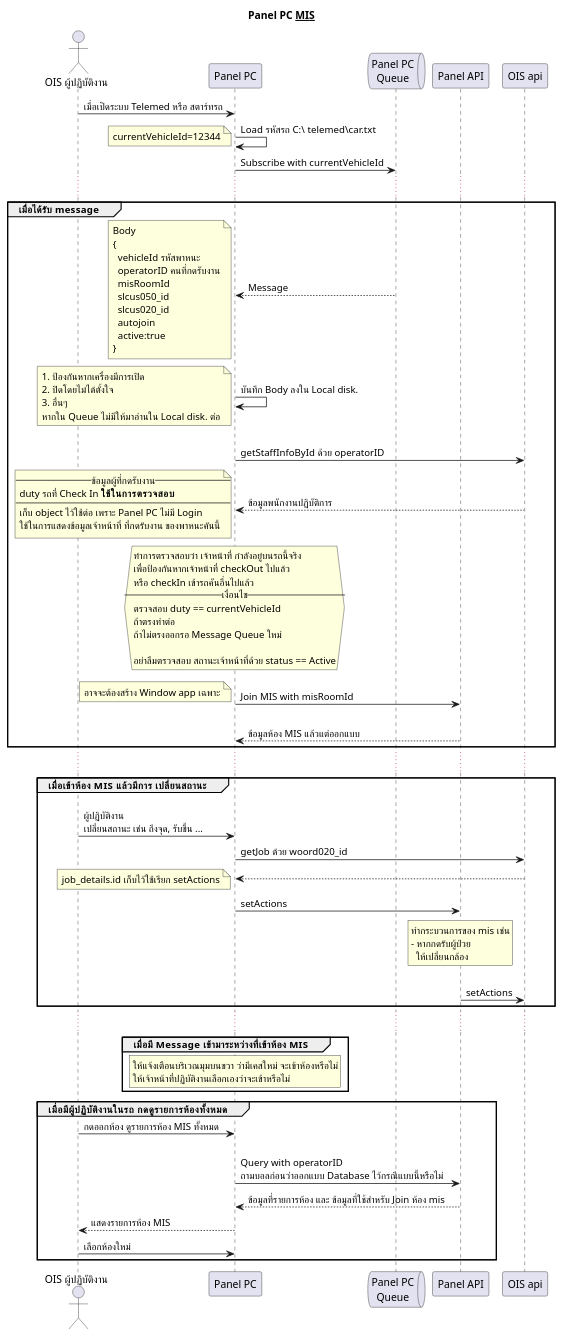
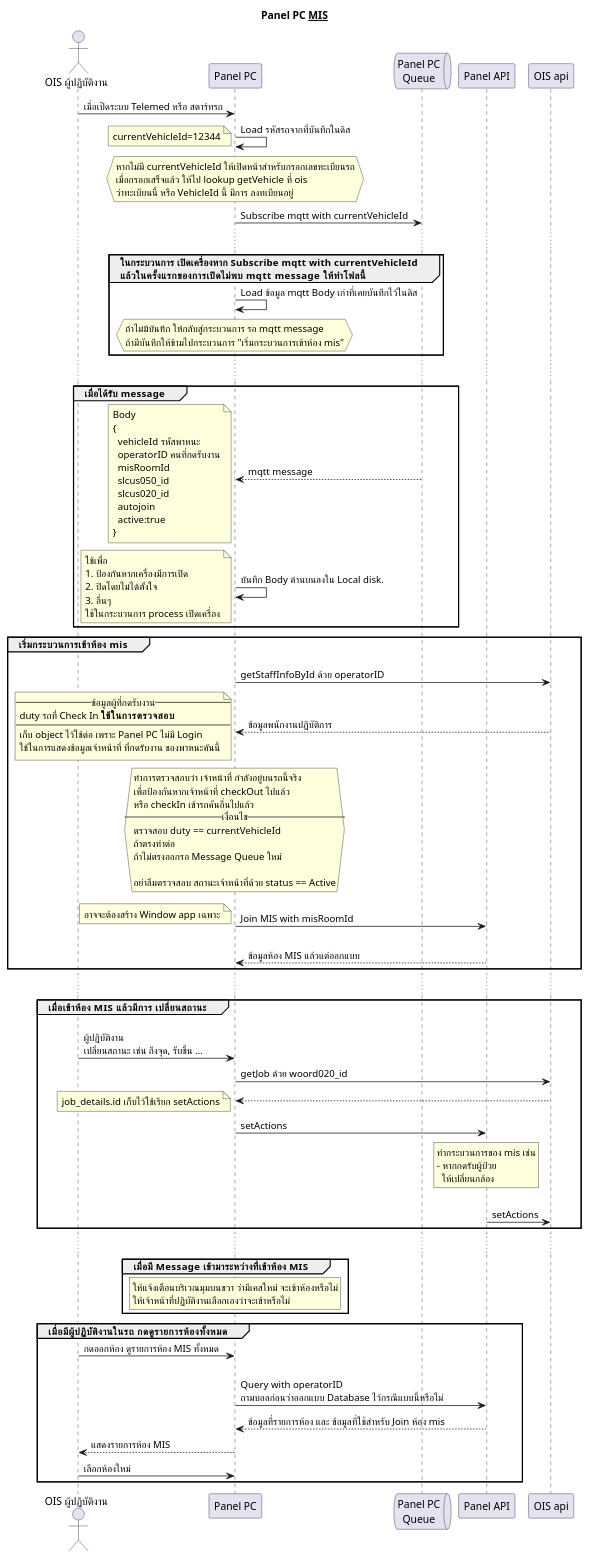
Before and after one commit to lionants02/mis-api-doc: the diagram in uml/new_panelpc_startup.plantuml, drawn with PlantUML.

Commit message:
update 28-04-2021

```diff
--- a/uml/new_panelpc_startup.plantuml
+++ b/uml/new_panelpc_startup.plantuml
@@ -1,105 +1,127 @@
 @startuml
 Title Panel PC __MIS__
   actor "OIS ผู้ปฏิบัติงาน" as OIS
   OIS -> "Panel PC" :เมื่อเปิดระบบ Telemed หรือ สตาร์ทรถ
-  "Panel PC" -> "Panel PC": Load รหัสรถ C:\\ telemed\car.txt
+  "Panel PC" -> "Panel PC": Load รหัสรถจากที่บันทึกในดิส
   note left
     currentVehicleId=12344
   end note
+  hnote over "Panel PC"
+    หากไม่มี currentVehicleId ให้เปิดหน้าสำหรับกรอกเลขทะเบียนรถ
+    เมื่อกรอกเสร็จแล้ว ให้ไป lookup getVehicle ที่ ois
+    ว่าทะเบียนนี้ หรือ VehicleId นี้ มีการ ลงทเบียนอยู่
+  end note
 
   queue "Panel PC\nQueue" as panelq
-  "Panel PC" -> panelq : Subscribe with currentVehicleId
+  "Panel PC" -> panelq : Subscribe mqtt with currentVehicleId
+
   ...
 
+  group ในกระบวนการ เปิดเครื่องหาก Subscribe mqtt with currentVehicleId\nแล้วในครั้งแรกของการเปิดไม่พบ mqtt message ให้ทำโฟลนี้
+
+    "Panel PC" -> "Panel PC": Load ข้อมูล mqtt Body เก่าที่เคยบันทึกไว้ในดิส
+    hnote over "Panel PC"
+      ถ้าไม่มีบันทึก ให้กลับสู่กระบวนการ รอ mqtt message
+      ถ้ามีบันทึกให้ข้ามไปกระบวนการ "เริ่มกระบวนการเข้าห้อง mis"
+    end note
+
+  end
+
+
+  ...
   group เมื่อได้รับ message
-    "Panel PC" <-- panelq : Message
+    "Panel PC" <-- panelq : mqtt message
     note left
       Body
       {
         vehicleId รหัสพาหนะ
         operatorID คนที่กดรับงาน
         misRoomId
         slcus050_id
         slcus020_id
         autojoin
         active:true
       }
     endnote
 
-    "Panel PC" -> "Panel PC": บันทึก Body ลงใน Local disk.
+    "Panel PC" -> "Panel PC": บันทึก Body ด้านบนลงใน Local disk.
     note left
+      ใช้เพื่อ
       # ป้องกันหากเครื่องมีการเปิด
       # ปิดโดยไม่ได้ตั้งใจ
       # อื่นๆ
-      หากใน Queue ไม่มีให้มาอ่านใน Local disk. ต่อ
+      ใช้ในกระบวนการ process เปิดเครื่อง
     end note
+  end
+
+  group เริ่มกระบวนการเข้าห้อง mis
     participant "Panel API"
     participant "OIS api"
     "Panel PC" -> "OIS api" : \ngetStaffInfoById ด้วย operatorID
     "Panel PC" <-- "OIS api": ข้อมูลพนักงานปฏิบัติการ
     note left
       --ข้อมูลผู้ที่กดรับงาน--
       duty รถที่ Check In **ใช้ในการตรวจสอบ**
       ---
       เก็บ object ไว้ใช้ต่อ เพราะ Panel PC ไม่มี Login
       ใช้ในการแสดงข้อมูลเจ้าหน้าที่ ที่กดรับงาน ของพาหนะคันนี้
     end note
 
     hnote over "Panel PC"
       ทำการตรวจสอบว่า เจ้าหน้าที่ กำลังอยู่บนรถนี้จริง
       เพื่อป้องกันหากเจ้าหน้าที่ checkOut ไปแล้ว
       หรือ checkIn เข้ารถคันอื่นไปแล้ว
       --เงื่อนไข--
       ตรวจสอบ duty == currentVehicleId
       ถ้าตรงทำต่อ
       ถ้าไม่ตรงออกรอ Message Queue ใหม่
 
       อย่าลืมตรวจสอบ สถานะเจ้าหน้าที่ด้วย status == Active
     end note
 
     "Panel PC" -> "Panel API" : \nJoin MIS with misRoomId
     note left
       อาจจะต้องสร้าง Window app เฉพาะ
     end note
     "Panel PC" <-- "Panel API": \nข้อมูลห้อง MIS แล้วแต่ออกแบบ
   end
   ...
 
   group เมื่อเข้าห้อง MIS แล้วมีการ เปลี่ยนสถานะ
 
       OIS -> "Panel PC" : \nผู้ปฏิบัติงาน\nเปลี่ยนสถานะ เช่น ถึงจุด, รับขึ้น ...
       "Panel PC" -> "OIS api" :getJob ด้วย woord020_id
       "Panel PC" <-- "OIS api":
       note left
         job_details.id เก็บไว้ใช้เรียก setActions
       end note
 
       "Panel PC" -> "Panel API": setActions
       rnote over "Panel API"
         ทำกระบวนการของ mis เช่น
         - หากกดรับผู้ป่วย
           ให้เปลี่ยนกล้อง
       end note
 
       "Panel API" -> "OIS api": \nsetActions
 
     end
     ...
 
     group เมื่อมี Message เข้ามาระหว่างที่เข้าห้อง MIS
       rnote over "Panel PC"
         ให้แจ้งเตือนบริเวณมุมบนขวา ว่ามีเคสใหม่ จะเข้าห้องหรือไม่
         ให้เจ้าหน้าที่ปฏิบัติงานเลือกเองว่าจะเข้าหรือไม่
       end note
     end
 
     group เมื่อมีผู้ปฏิบัติงานในรถ กดดูรายการห้องทั้งหมด
       OIS -> "Panel PC" : กดออกห้อง ดูรายการห้อง MIS ทั้งหมด
       "Panel PC" -> "Panel API" : \nQuery with operatorID\nถามบอลก่อนว่าออกแบบ Database ไว้กรณีแบบนี้หรือไม่
       "Panel PC" <-- "Panel API": ข้อมูลที่รายการห้อง และ ข้อมูลที่ใช้สำหรับ Join ห้อง mis
       OIS <--"Panel PC" : แสดงรายการห้อง MIS
 
       OIS -> "Panel PC" : เลือกห้องใหม่
     end
 
 @enduml
```
